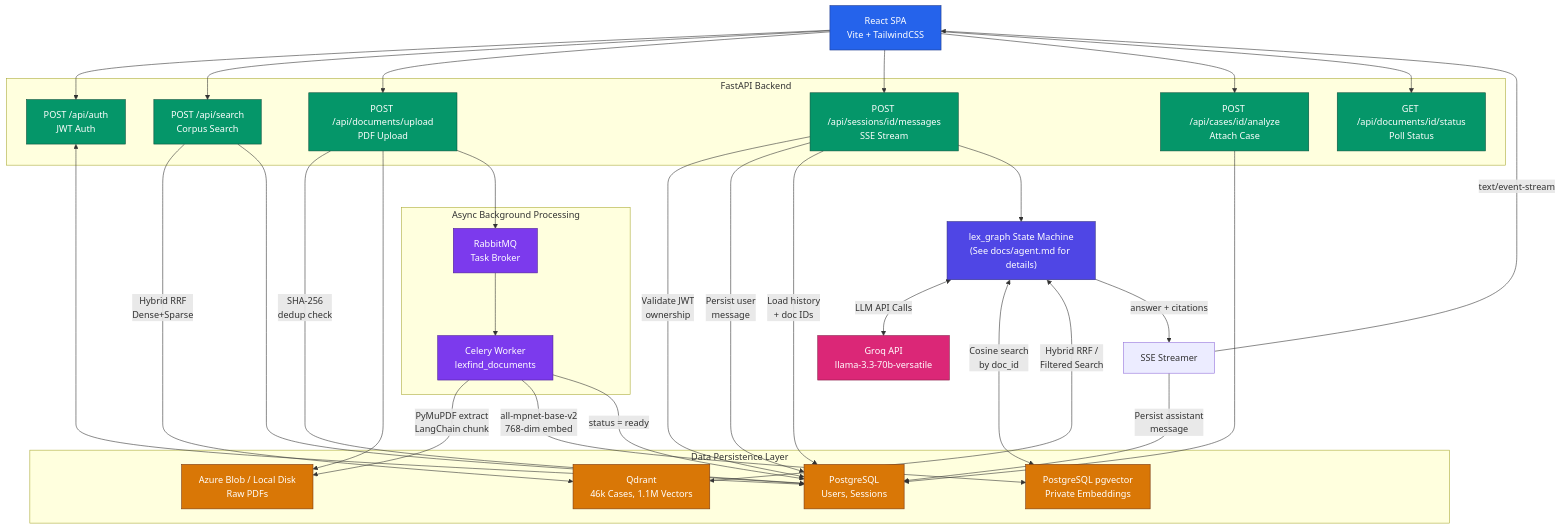
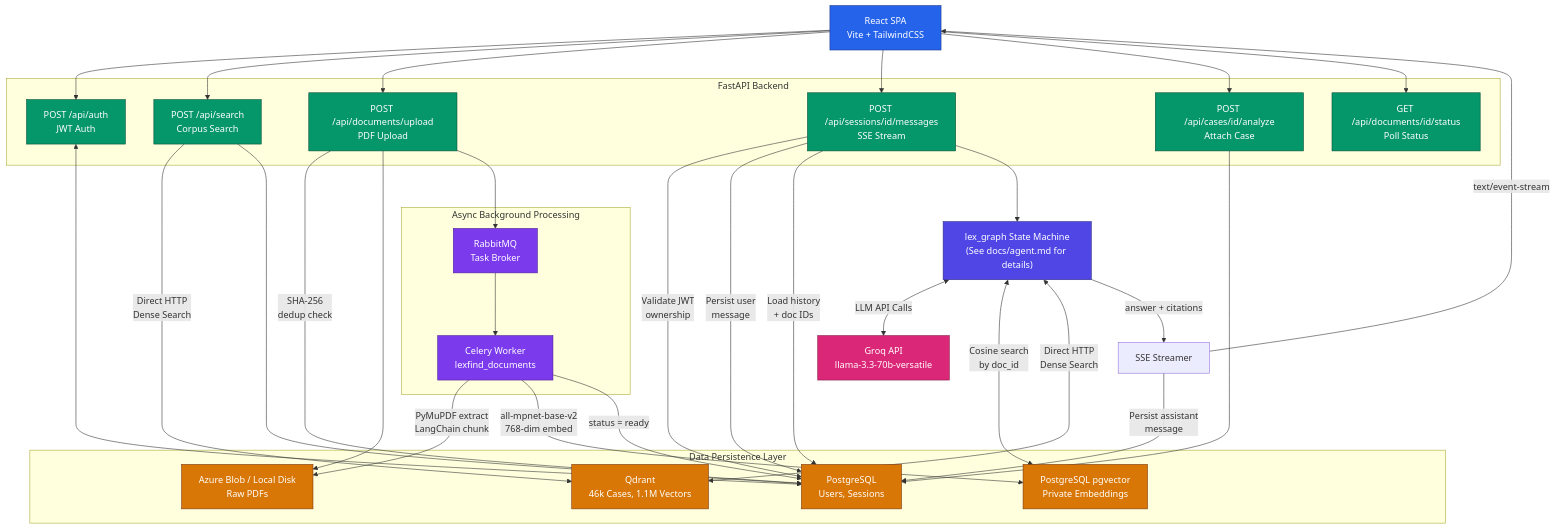
One commit to shreedharkb/LexFind changed the diagram in README.md. Above: the diagram before and after it, drawn with Mermaid. The commit also changed other lines of this file, not shown here.

Commit message:
docs: update architecture to reflect HTTP dense search and HTTPS infrastructure

````diff
--- a/README.md
+++ b/README.md
@@ -35,67 +35,67 @@
 ```mermaid
 flowchart TD
     classDef client fill:#2563eb,stroke:#1e3a8a,color:#fff
     classDef api fill:#059669,stroke:#064e3b,color:#fff
     classDef db fill:#d97706,stroke:#78350f,color:#fff
     classDef queue fill:#7c3aed,stroke:#4c1d95,color:#fff
     classDef llm fill:#db2777,stroke:#831843,color:#fff
     classDef lgraph fill:#4f46e5,stroke:#312e81,color:#fff
 
     React["React SPA<br>Vite + TailwindCSS"]:::client
 
     subgraph FastAPI["FastAPI Backend"]
         AuthRoute["POST /api/auth<br>JWT Auth"]:::api
         SearchRoute["POST /api/search<br>Corpus Search"]:::api
         UploadRoute["POST /api/documents/upload<br>PDF Upload"]:::api
         ChatRoute["POST /api/sessions/id/messages<br>SSE Stream"]:::api
         CasesRoute["POST /api/cases/id/analyze<br>Attach Case"]:::api
         DocStatusRoute["GET /api/documents/id/status<br>Poll Status"]:::api
     end
 
     React --> AuthRoute
     React --> SearchRoute
     React --> UploadRoute
     React --> ChatRoute
     React --> CasesRoute
     React --> DocStatusRoute
 
     subgraph Databases["Data Persistence Layer"]
         PG["PostgreSQL<br>Users, Sessions"]:::db
         PGVector["PostgreSQL pgvector<br>Private Embeddings"]:::db
         Qdrant["Qdrant<br>46k Cases, 1.1M Vectors"]:::db
         BlobStorage["Azure Blob / Local Disk<br>Raw PDFs"]:::db
     end
 
     AuthRoute <--> PG
-    SearchRoute -->|"Hybrid RRF<br>Dense+Sparse"| Qdrant
+    SearchRoute -->|"Direct HTTP<br>Dense Search"| Qdrant
     SearchRoute --> PG
     CasesRoute --> PG
 
     subgraph AsyncProcessing["Async Background Processing"]
         RabbitMQ["RabbitMQ<br>Task Broker"]:::queue
         CeleryWorker["Celery Worker<br>lexfind_documents"]:::queue
     end
 
     UploadRoute -->|"SHA-256<br>dedup check"| PG
     UploadRoute --> BlobStorage
     UploadRoute --> RabbitMQ
     RabbitMQ --> CeleryWorker
     CeleryWorker -->|"PyMuPDF extract<br>LangChain chunk"| BlobStorage
     CeleryWorker -->|"all-mpnet-base-v2<br>768-dim embed"| PGVector
     CeleryWorker -->|"status = ready"| PG
 
     LangGraphAgent["lex_graph State Machine<br>(See docs/agent.md for details)"]:::lgraph
 
     ChatRoute -->|"Validate JWT<br>ownership"| PG
     ChatRoute -->|"Persist user<br>message"| PG
     ChatRoute -->|"Load history<br>+ doc IDs"| PG
     ChatRoute --> LangGraphAgent
 
     LangGraphAgent <-->|"LLM API Calls"| GroqLLM["Groq API<br>llama-3.3-70b-versatile"]:::llm
     LangGraphAgent <-->|"Cosine search<br>by doc_id"| PGVector
-    LangGraphAgent <-->|"Hybrid RRF /<br>Filtered Search"| Qdrant
+    LangGraphAgent <-->|"Direct HTTP<br>Dense Search"| Qdrant
 
     LangGraphAgent -->|"answer + citations"| SSE["SSE Streamer"]
     SSE -->|"text/event-stream"| React
     SSE -->|"Persist assistant<br>message"| PG
 ```
````
